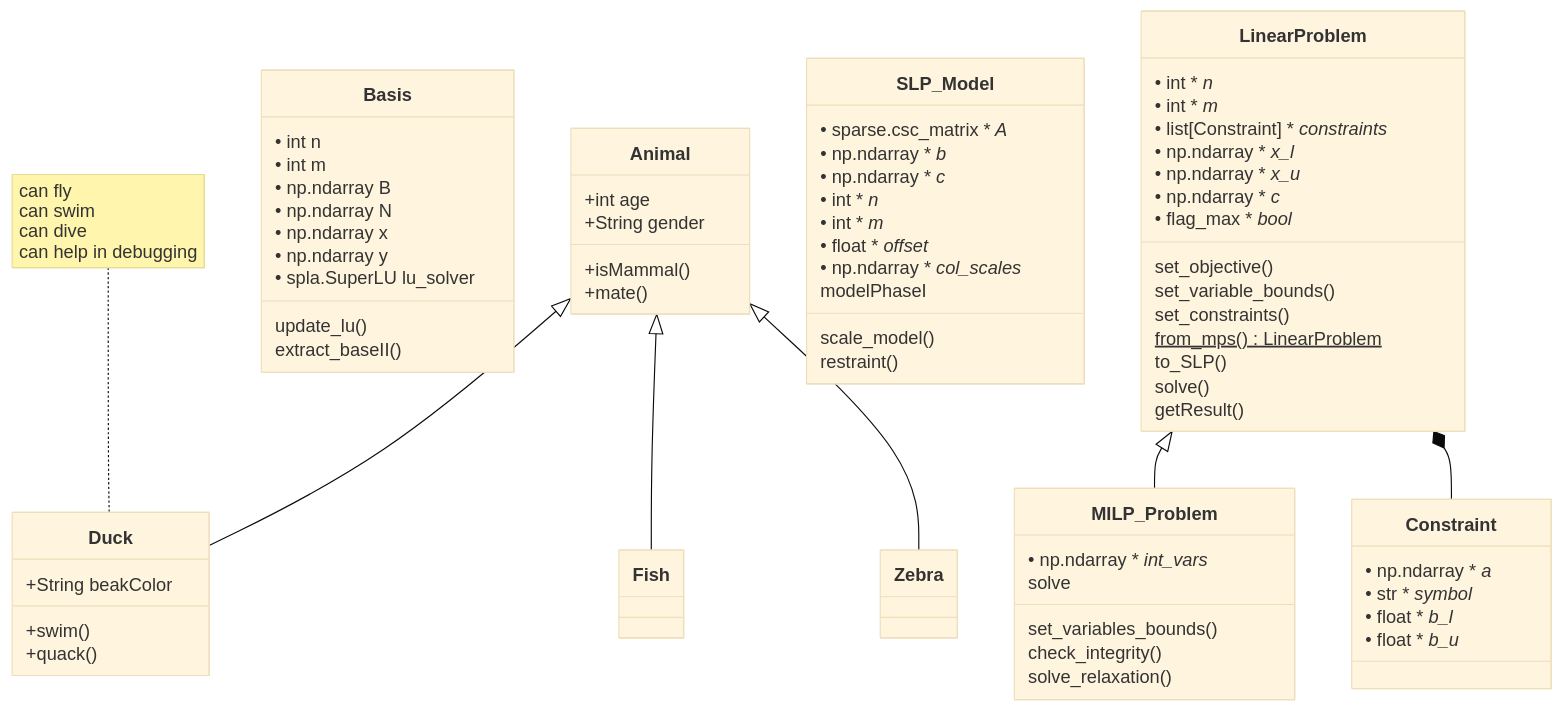
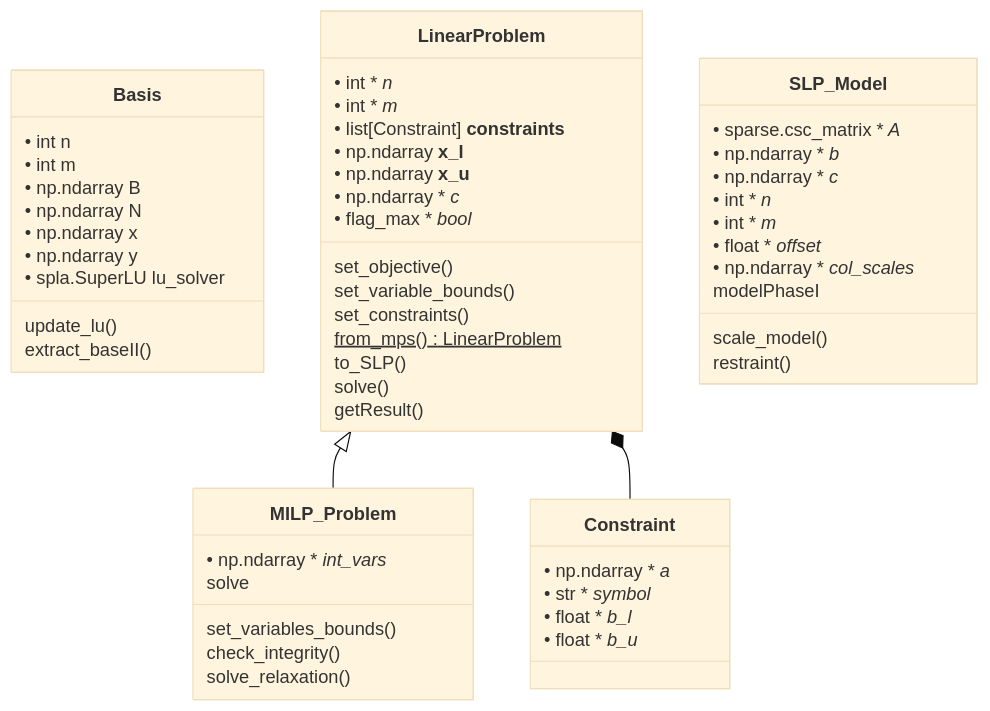
The second of 2 diagrams in README.md (JeanPousset/MILP_solver), drawn with Mermaid (base theme) before and after one commit.

Commit message:
try new way to get bold variables

````diff
--- a/README.md
+++ b/README.md
@@ -30,82 +30,69 @@
 ```mermaid
 ---
 config:
   htmlLabels: false
 ---
 classDiagram
-    Animal <|-- Duck
-    note for Duck "can fly<br>can swim<br>can dive<br>can help in debugging"
-    Animal <|-- Fish
-    Animal <|-- Zebra
-    Animal : +int age
-    Animal : +String gender
-    Animal: +isMammal()
-    Animal: +mate()
-    class Duck{
-        +String beakColor
-        +swim()
-        +quack()
-    }
     class Basis{
         • int n
         • int m
         • np.ndarray B
         • np.ndarray N
         • np.ndarray x
         • np.ndarray y
         • spla.SuperLU lu_solver
         
         update_lu()
         extract_baseII()
     }
     class Constraint{
         • np.ndarray **a**
         • str **symbol**
         • float **b_l**
         • float **b_u**
     }
     
     class LinearProblem{
         • int **n**
         • int **m** 
-        • list[Constraint] **constraints**
-        • np.ndarray **x_l**
-        • np.ndarray **x_u**
+        • list[Constraint] __constraints__
+        • np.ndarray __x_l__
+        • np.ndarray __x_u__
         • np.ndarray **c**
         • flag_max **bool**
         
         set_objective()
         set_variable_bounds()
         set_constraints()
         from_mps() LinearProblem$
         to_SLP()
         solve()
         getResult()
     }
     
     class MILP_Problem{
         • np.ndarray **int_vars**
         set_variables_bounds()
         check_integrity()
         solve_relaxation()
         solve
     }
     
     class SLP_Model{
         • sparse.csc_matrix **A**
         • np.ndarray **b**
         • np.ndarray **c**
         • int **n**
         • int **m**
         • float **offset**
         • np.ndarray **col_scales**
         scale_model()
         modelPhaseI
         restraint()
 
     }
     
     LinearProblem <|-- MILP_Problem
     LinearProblem *-- Constraint
     
 ```
````
